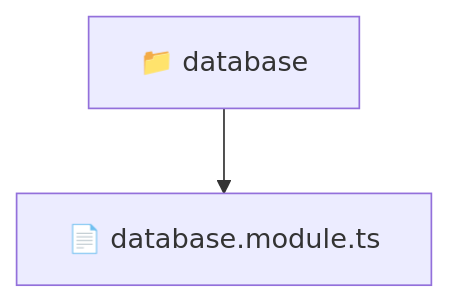
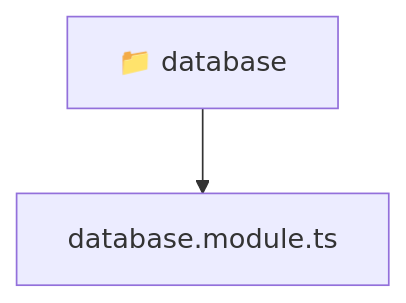
Before and after one commit to beginwebdev2002/fullstack-mavluda: the diagram in backend/src/common/database/README.md, drawn with Mermaid. The commit also changed other lines of this file and 167 other files, not shown here.

````diff
--- a/backend/src/common/database/README.md
+++ b/backend/src/common/database/README.md
@@ -9,5 +9,6 @@
 ```mermaid
 graph TD
-  Root["📁 database"]
-  Root --> database_module_ts["📄 database.module.ts"]
+  Root_database["📁 database"]
+  f_database_module_ts["database.module.ts"]
+  Root_database --> f_database_module_ts
 ```
````
